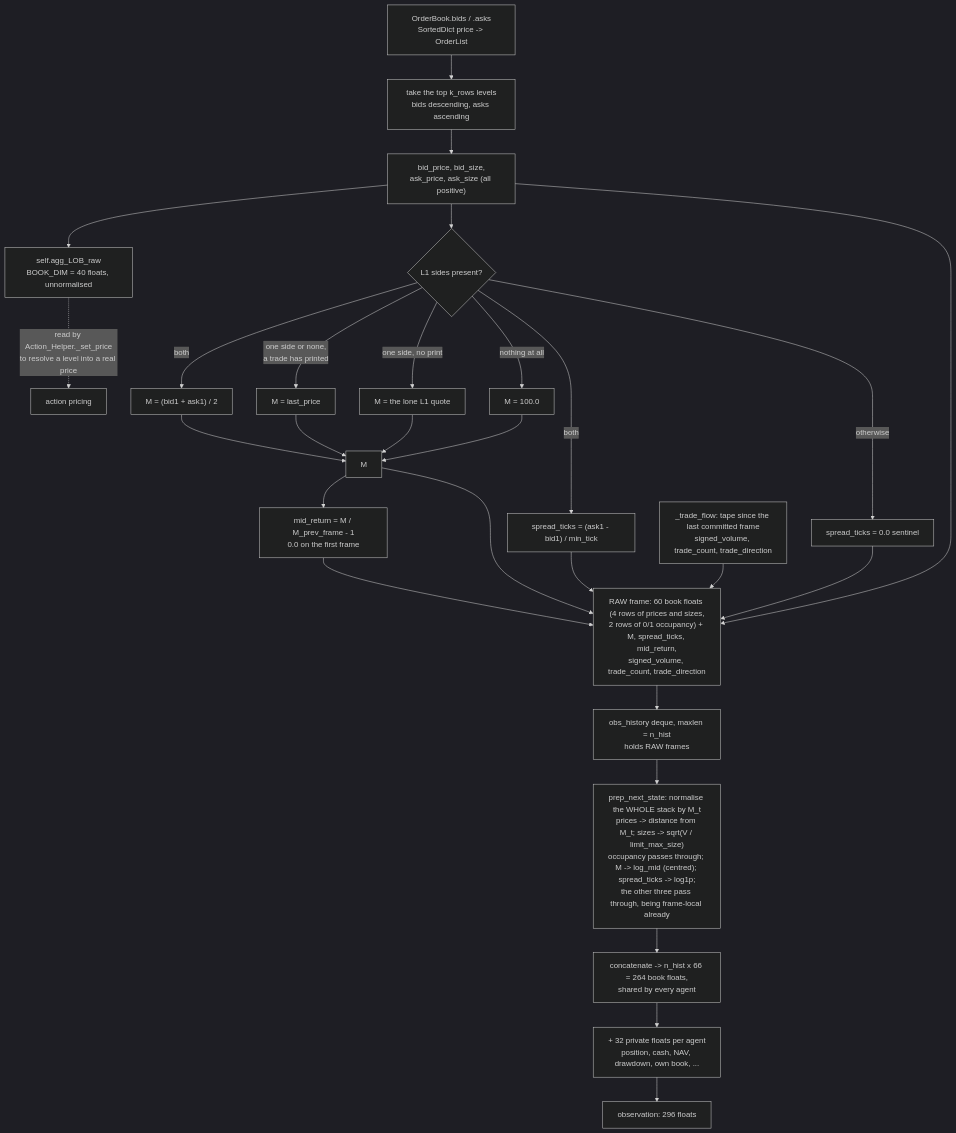
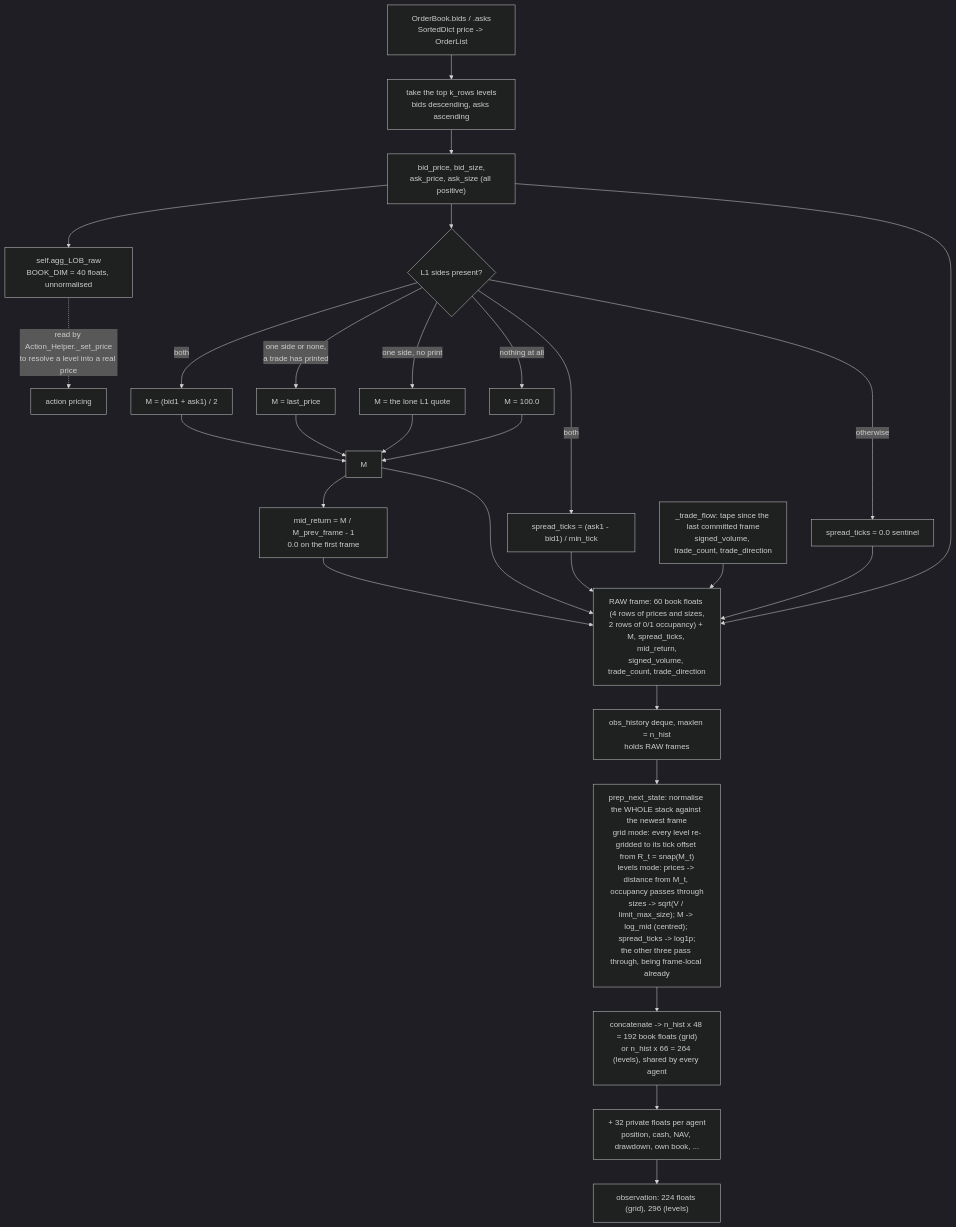
Before and after one commit to ChuaCheowHuan/gym-continuousDoubleAuction: the first of 2 diagrams in doc/05_observation_space.md, drawn with Mermaid (dark theme). The commit also changed other lines of this file and 40 other files, not shown here.

````diff
--- a/doc/05_observation_space.md
+++ b/doc/05_observation_space.md
@@ -139,37 +145,37 @@
 ```mermaid
 flowchart TD
     LOB["OrderBook.bids / .asks<br/>SortedDict price -> OrderList"] --> TOP["take the top k_rows levels<br/>bids descending, asks ascending"]
     TOP --> RAW["bid_price, bid_size,<br/>ask_price, ask_size (all positive)"]
     RAW --> KEEP["self.agg_LOB_raw<br/>BOOK_DIM = 40 floats, unnormalised"]
     KEEP -.->|"read by Action_Helper._set_price<br/>to resolve a level into a real price"| ACT["action pricing"]
 
     RAW --> M{"L1 sides present?"}
     M -->|"both"| M1["M = (bid1 + ask1) / 2"]
     M -->|"one side or none,<br/>a trade has printed"| M2["M = last_price"]
     M -->|"one side, no print"| M3["M = the lone L1 quote"]
     M -->|"nothing at all"| M4["M = 100.0"]
 
     M1 --> MID["M"]
     M2 --> MID
     M3 --> MID
     M4 --> MID
 
     M -->|"both"| SPREAD["spread_ticks = (ask1 - bid1) / min_tick"]
     M -->|"otherwise"| SENT["spread_ticks = 0.0 sentinel"]
     MID --> MR["mid_return = M / M_prev_frame - 1<br/>0.0 on the first frame"]
     TAPE["_trade_flow: tape since the last committed frame<br/>signed_volume, trade_count, trade_direction"]
 
     RAW --> FRAME
     MID --> FRAME
     SPREAD --> FRAME
     SENT --> FRAME
     MR --> FRAME
     TAPE --> FRAME
     FRAME["RAW frame: 60 book floats (4 rows of prices and sizes,<br/>2 rows of 0/1 occupancy) + M, spread_ticks, mid_return,<br/>signed_volume, trade_count, trade_direction"]
 
     FRAME --> DEQ["obs_history deque, maxlen = n_hist<br/>holds RAW frames"]
-    DEQ --> NORM["prep_next_state: normalise the WHOLE stack by M_t<br/>prices -> distance from M_t; sizes -> sqrt(V / limit_max_size)<br/>occupancy passes through; M -> log_mid (centred); spread_ticks -> log1p;<br/>the other three pass through, being frame-local already"]
-    NORM --> OBS["concatenate -> n_hist x 66 = 264 book floats,<br/>shared by every agent"]
+    DEQ --> NORM["prep_next_state: normalise the WHOLE stack against the newest frame<br/>grid mode: every level re-gridded to its tick offset from R_t = snap(M_t)<br/>levels mode: prices -> distance from M_t, occupancy passes through<br/>sizes -> sqrt(V / limit_max_size); M -> log_mid (centred); spread_ticks -> log1p;<br/>the other three pass through, being frame-local already"]
+    NORM --> OBS["concatenate -> n_hist x 48 = 192 book floats (grid)<br/>or n_hist x 66 = 264 (levels), shared by every agent"]
     OBS --> PRIV["+ 32 private floats per agent<br/>position, cash, NAV, drawdown, own book, ..."]
-    PRIV --> FULL["observation: 296 floats"]
+    PRIV --> FULL["observation: 224 floats (grid), 296 (levels)"]
 ```
````
